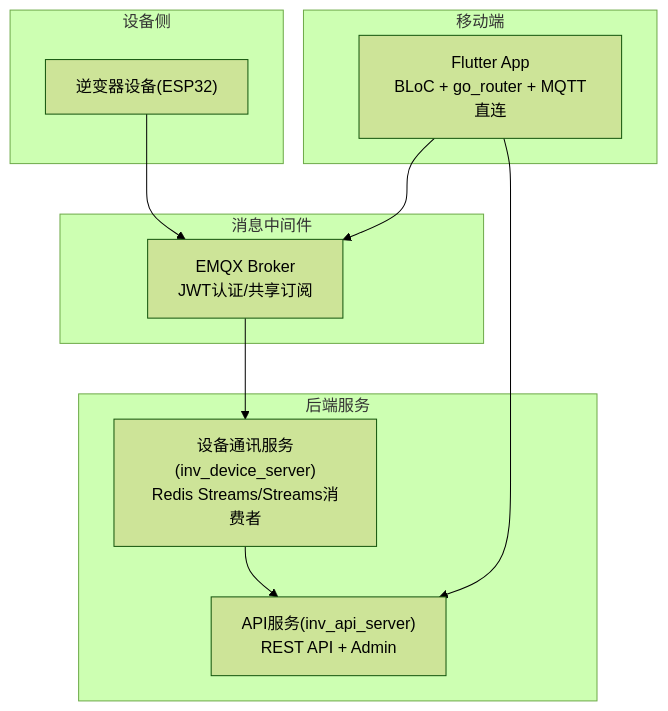
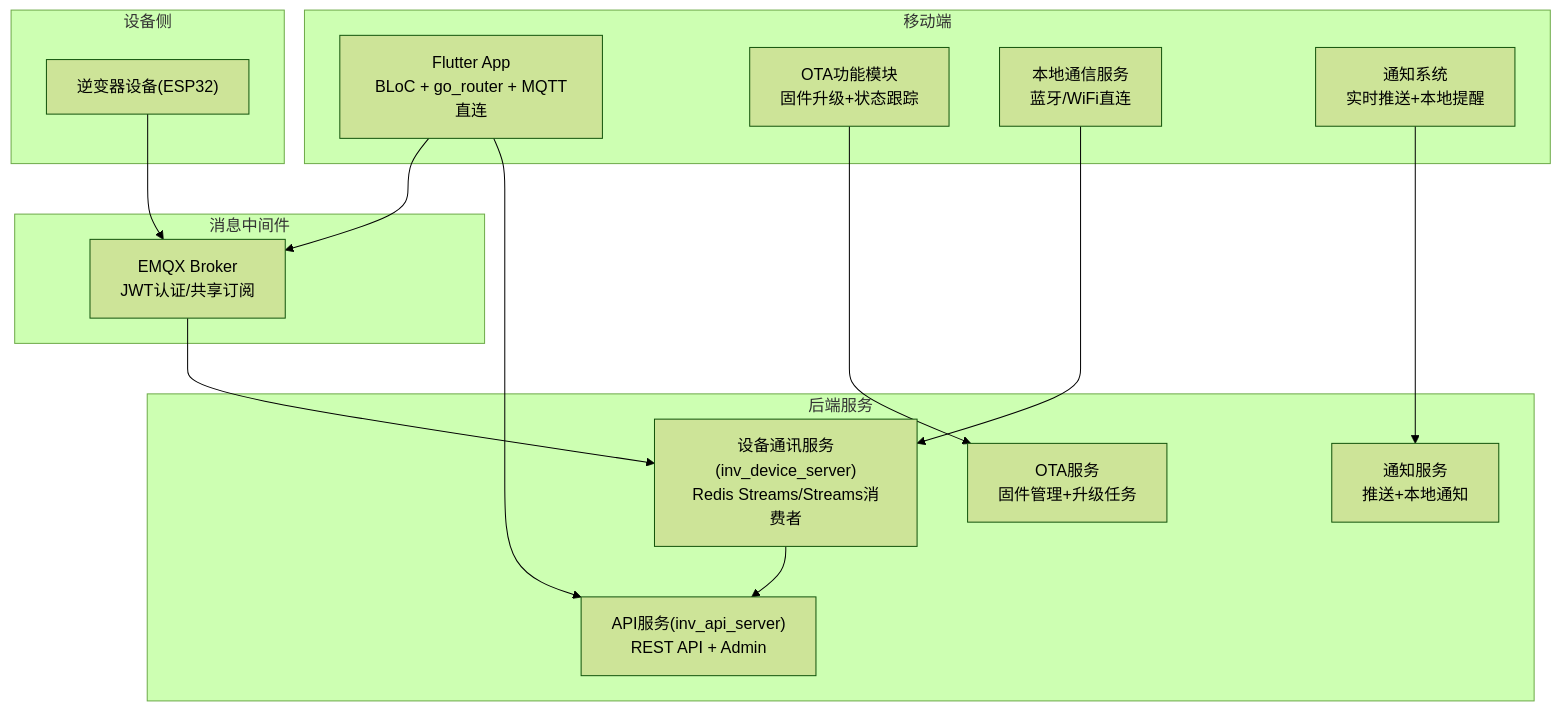
Before and after one commit to mcmrzy/cs_inv_monitor-develop: the second of 10 diagrams in .qoder/repowiki/zh/content/移动端应用/移动端应用.md, drawn with Mermaid (forest theme). The commit also changed other lines of this file and 128 other files, not shown here.

````diff
--- a/.qoder/repowiki/zh/content/移动端应用/移动端应用.md
+++ b/.qoder/repowiki/zh/content/移动端应用/移动端应用.md
@@ -103,21 +117,29 @@
 ```mermaid
 graph TB
 subgraph "设备侧"
 DEVICE["逆变器设备(ESP32)"]
 end
 subgraph "消息中间件"
 EMQX["EMQX Broker<br/>JWT认证/共享订阅"]
 end
 subgraph "后端服务"
 DEV_SRV["设备通讯服务(inv_device_server)<br/>Redis Streams/Streams消费者"]
 API_SRV["API服务(inv_api_server)<br/>REST API + Admin"]
+OTA_SRV["OTA服务<br/>固件管理+升级任务"]
+NOTI_SRV["通知服务<br/>推送+本地通知"]
 end
 subgraph "移动端"
 APP["Flutter App<br/>BLoC + go_router + MQTT直连"]
+OTA_FEATURE["OTA功能模块<br/>固件升级+状态跟踪"]
+LOCAL_COMM["本地通信服务<br/>蓝牙/WiFi直连"]
+NOTI_FEATURE["通知系统<br/>实时推送+本地提醒"]
 end
 DEVICE --> EMQX
 EMQX --> DEV_SRV
 DEV_SRV --> API_SRV
 APP --> EMQX
 APP --> API_SRV
+OTA_FEATURE --> OTA_SRV
+LOCAL_COMM --> DEV_SRV
+NOTI_FEATURE --> NOTI_SRV
 ```
````
